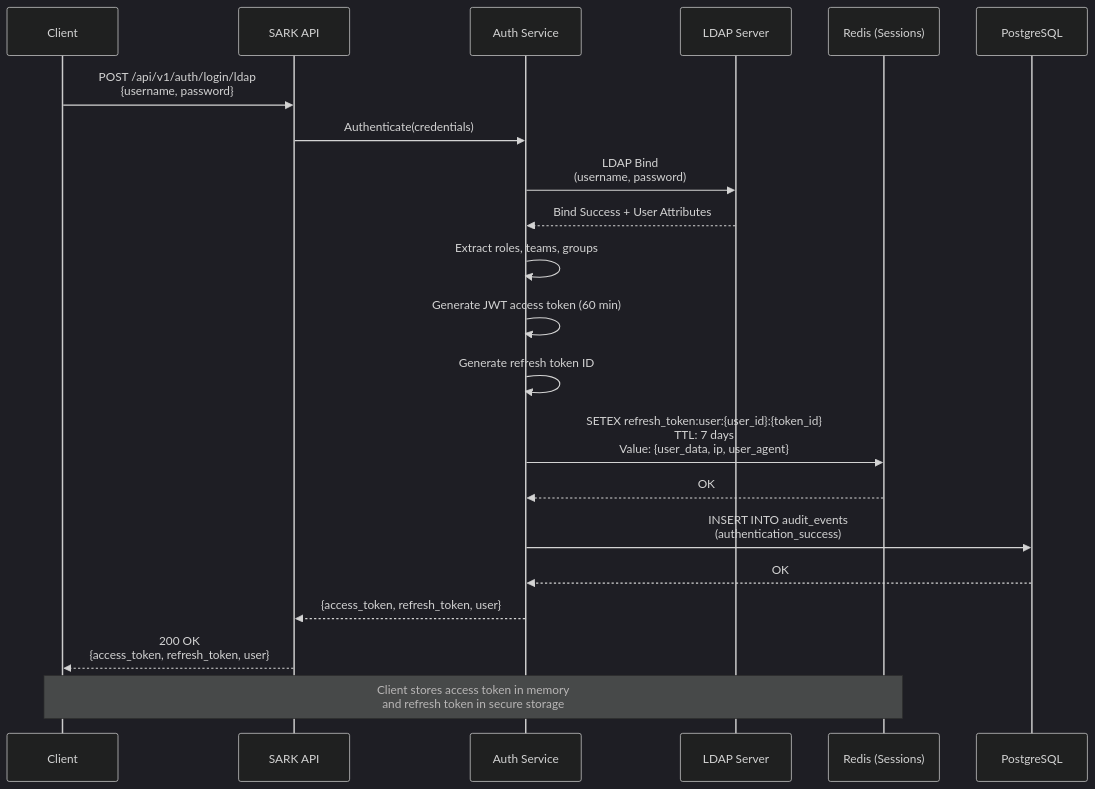
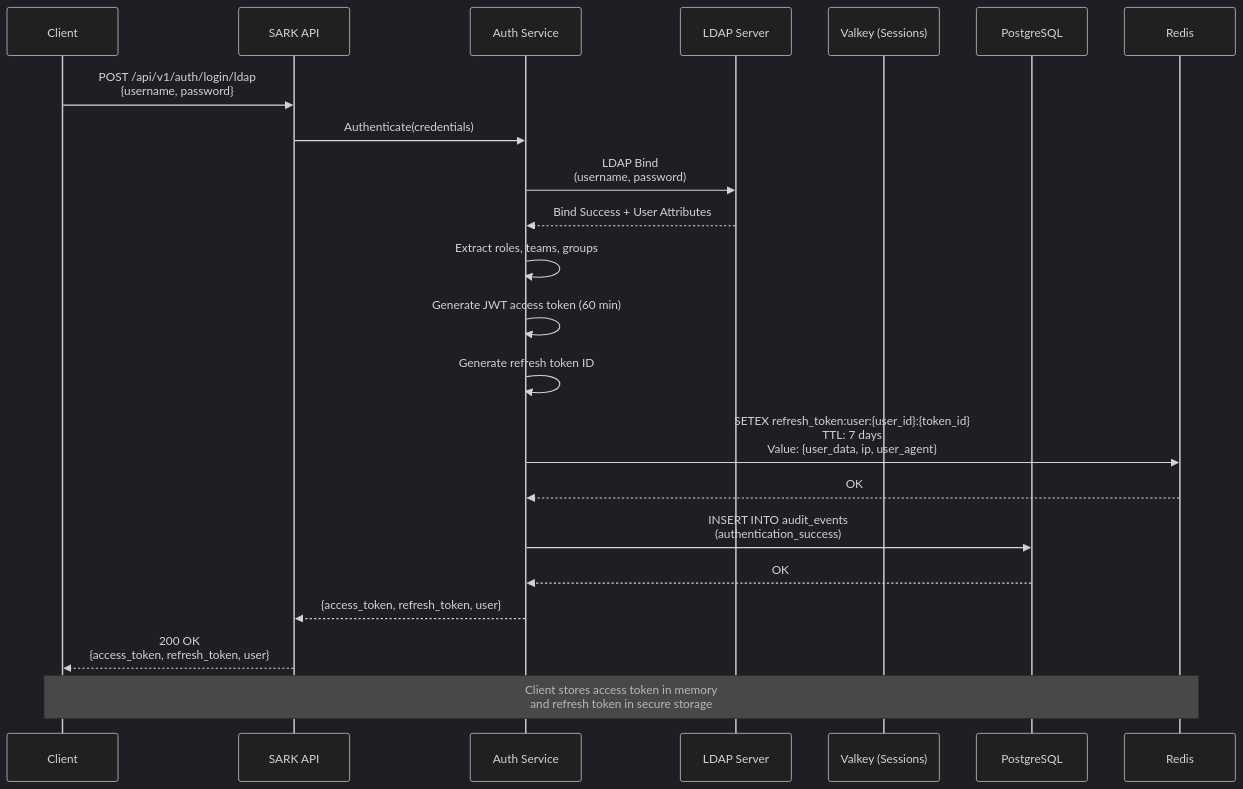
The second of 15 diagrams in docs/ARCHITECTURE.md (apathy-ca/sark), drawn with Mermaid (dark theme) before and after one commit. The commit also changed other lines of this file and 68 other files, not shown here.

First line of the commit message:
refactor: migrate from Redis to Valkey

````diff
--- a/docs/ARCHITECTURE.md
+++ b/docs/ARCHITECTURE.md
@@ -92,30 +92,30 @@
 ```mermaid
 sequenceDiagram
     participant Client
     participant API as SARK API
     participant Auth as Auth Service
     participant LDAP as LDAP Server
-    participant Redis as Redis (Sessions)
+    participant Valkey as Valkey (Sessions)
     participant DB as PostgreSQL
 
     Client->>API: POST /api/v1/auth/login/ldap<br/>{username, password}
     API->>Auth: Authenticate(credentials)
 
     Auth->>LDAP: LDAP Bind<br/>(username, password)
     LDAP-->>Auth: Bind Success + User Attributes
 
     Auth->>Auth: Extract roles, teams, groups
     Auth->>Auth: Generate JWT access token (60 min)
     Auth->>Auth: Generate refresh token ID
 
     Auth->>Redis: SETEX refresh_token:user:{user_id}:{token_id}<br/>TTL: 7 days<br/>Value: {user_data, ip, user_agent}
     Redis-->>Auth: OK
 
     Auth->>DB: INSERT INTO audit_events<br/>(authentication_success)
     DB-->>Auth: OK
 
     Auth-->>API: {access_token, refresh_token, user}
     API-->>Client: 200 OK<br/>{access_token, refresh_token, user}
 
     Note over Client,Redis: Client stores access token in memory<br/>and refresh token in secure storage
 ```
````
